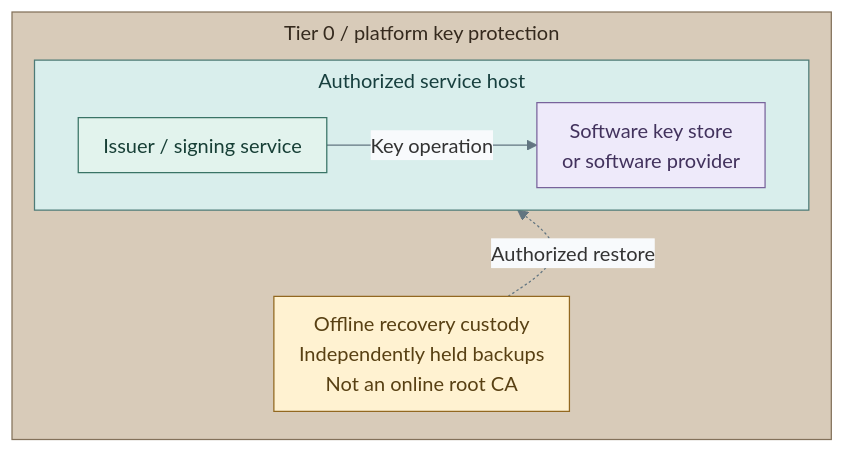
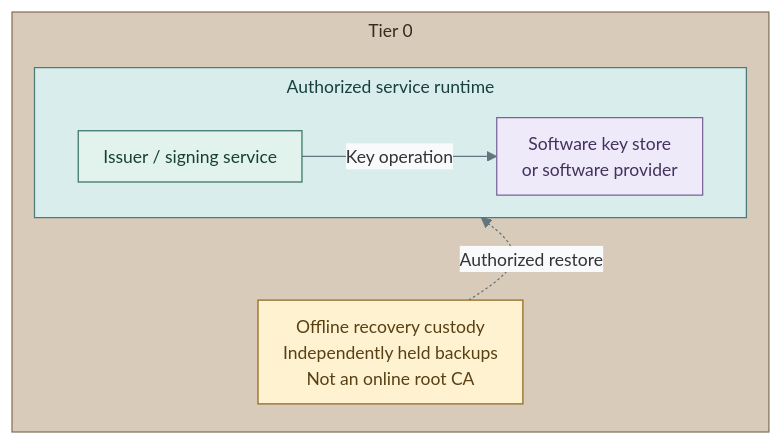
Before and after one commit to Rexus/homelab: the first of 4 diagrams in docs/01-architecture/08-cryptography/03-hsm-selection.md, drawn with Mermaid. The commit also changed other lines of this file and 124 other files, not shown here.

First line of the commit message:
fix(platform): align service diagrams and directory failover

````diff
--- a/docs/01-architecture/08-cryptography/03-hsm-selection.md
+++ b/docs/01-architecture/08-cryptography/03-hsm-selection.md
@@ -29,27 +29,27 @@
 ```mermaid
-%%{init: {"theme":"base","flowchart":{"nodeSpacing":16,"rankSpacing":20,"padding":10,"subGraphTitleMargin":{"top":4,"bottom":12}},"themeVariables":{"lineColor":"#627581","edgeLabelBackground":"#f8fafc"}}}%%
+%%{init: {"theme":"base","flowchart":{"nodeSpacing":16,"rankSpacing":20,"padding":10,"subGraphTitleMargin":{"top":4,"bottom":18}},"themeVariables":{"lineColor":"#627581","edgeLabelBackground":"#f8fafc","fontFamily":"Arial, sans-serif","fontSize":"14px"},"fontFamily":"Arial, sans-serif"}}%%
 flowchart TB
-  subgraph T0["Tier 0 / platform key protection"]
+  subgraph T0["Tier 0"]
     direction TB
-    subgraph Host["Authorized service host"]
+    subgraph Runtime["Authorized service runtime"]
       direction LR
       Service["Issuer / signing service"]
       Provider["Software key store<br/>or software provider"]
       Service -->|Key operation| Provider
     end
     Recovery["Offline recovery custody<br/>Independently held backups<br/>Not an online root CA"]
-    Host ~~~ Recovery
-    Recovery -. Authorized restore .-> Host
+    Runtime ~~~ Recovery
+    Recovery -. Authorized restore .-> Runtime
   end
   classDef default fill:#f8fafc,stroke:#64748b,color:#1f2937
   classDef tier0 fill:#d8cbb9,stroke:#83715a,color:#352a1e
   classDef runtime fill:#d9eeec,stroke:#4d7b77,color:#173f3e
   classDef control fill:#e2f3ed,stroke:#397366,color:#173f36
   classDef data fill:#eeeafa,stroke:#78639b,color:#42325d
   classDef custody fill:#fff2d1,stroke:#926820,color:#584013
   class T0 tier0
-  class Host runtime
+  class Runtime runtime
   class Service control
   class Provider data
   class Recovery custody
 ```
````
